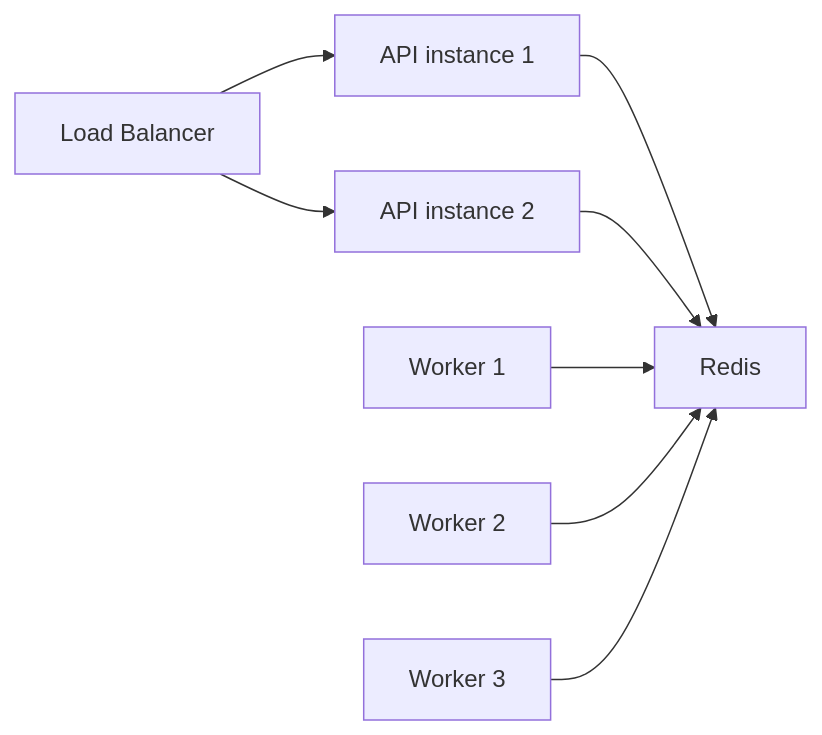
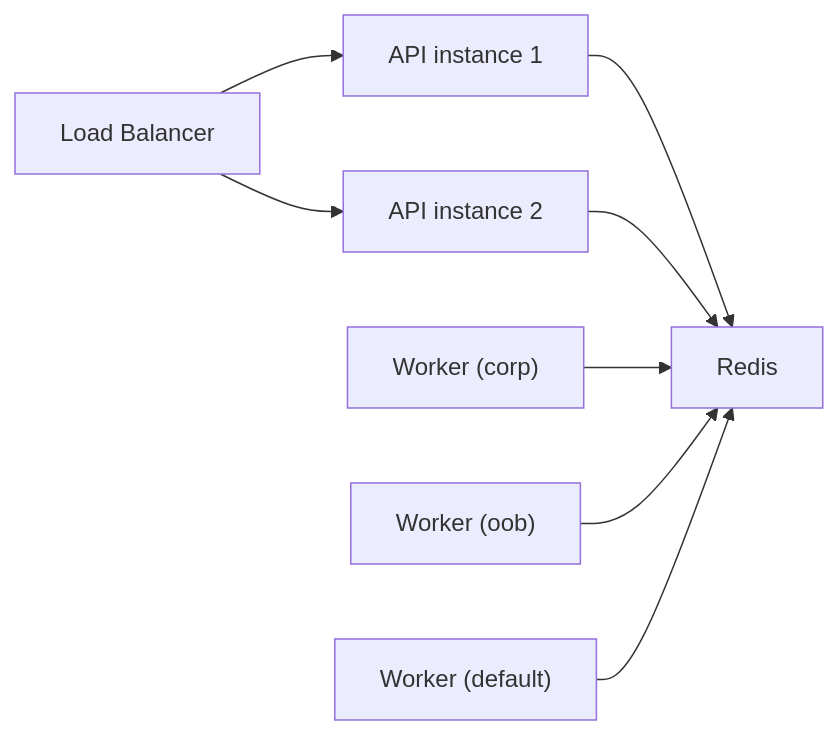
The third of 3 diagrams in docs/architecture.md (lykinsbd/naas), drawn with Mermaid before and after one commit. The commit also changed other lines of this file and 1 other file, not shown here.

First line of the commit message:
docs: update architecture page to reflect v2.x state

````diff
--- a/docs/architecture.md
+++ b/docs/architecture.md
@@ -100,18 +123,18 @@
 ```mermaid
 graph LR
     LB["Load Balancer"]
     API1["API instance 1"]
     API2["API instance 2"]
     Redis["Redis"]
-    W1["Worker 1"]
-    W2["Worker 2"]
-    W3["Worker 3"]
+    W1["Worker (corp)"]
+    W2["Worker (oob)"]
+    W3["Worker (default)"]
 
     LB --> API1
     LB --> API2
     API1 --> Redis
     API2 --> Redis
     W1 --> Redis
     W2 --> Redis
     W3 --> Redis
 ```
````
